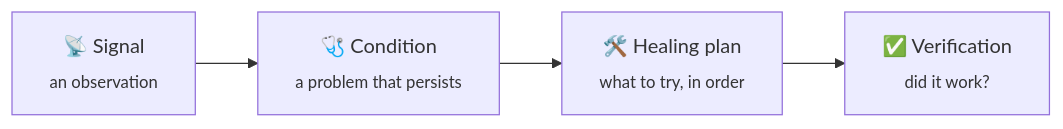
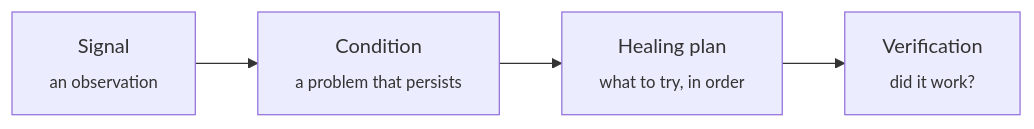
The first of 3 diagrams in docs/concepts.md (engineering87/Homeostat), drawn with Mermaid before and after one commit. The commit also changed other lines of this file and 148 other files, not shown here.

````diff
--- a/docs/concepts.md
+++ b/docs/concepts.md
@@ -5,6 +5,6 @@
 ```mermaid
 flowchart LR
-    A["📡 Signal<br/><sub>an observation</sub>"] --> B["🩺 Condition<br/><sub>a problem that persists</sub>"]
-    B --> C["🛠️ Healing plan<br/><sub>what to try, in order</sub>"]
-    C --> D["✅ Verification<br/><sub>did it work?</sub>"]
+    A["Signal<br/><sub>an observation</sub>"] --> B["Condition<br/><sub>a problem that persists</sub>"]
+    B --> C["Healing plan<br/><sub>what to try, in order</sub>"]
+    C --> D["Verification<br/><sub>did it work?</sub>"]
 ```
````
